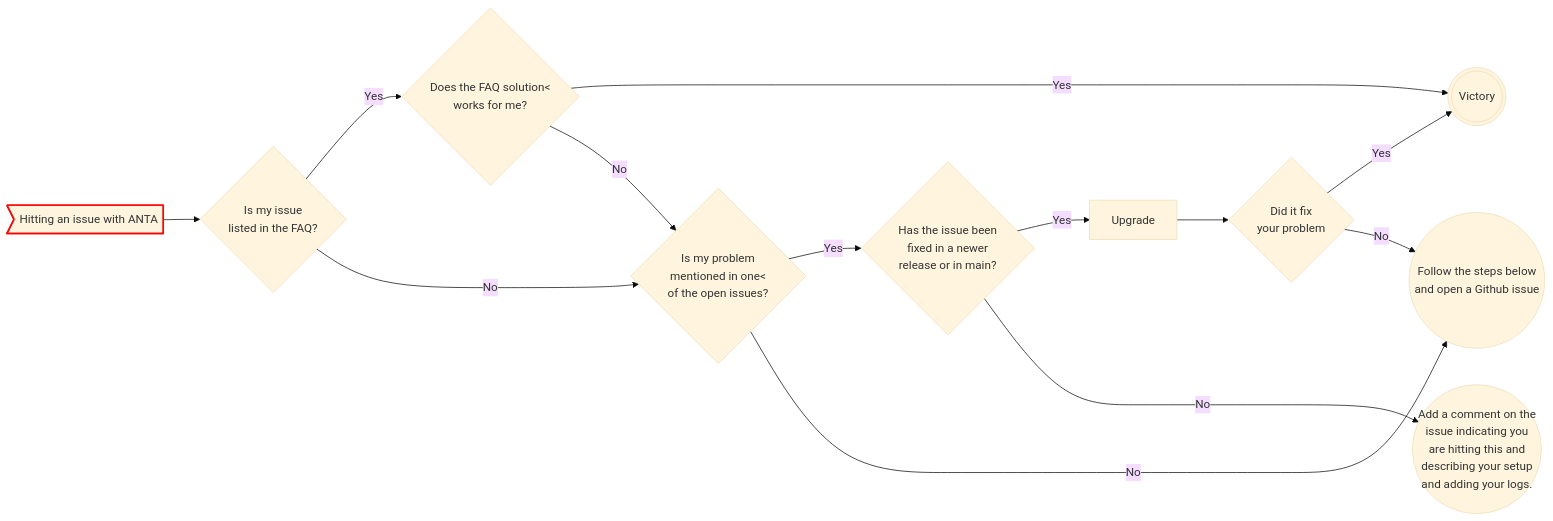
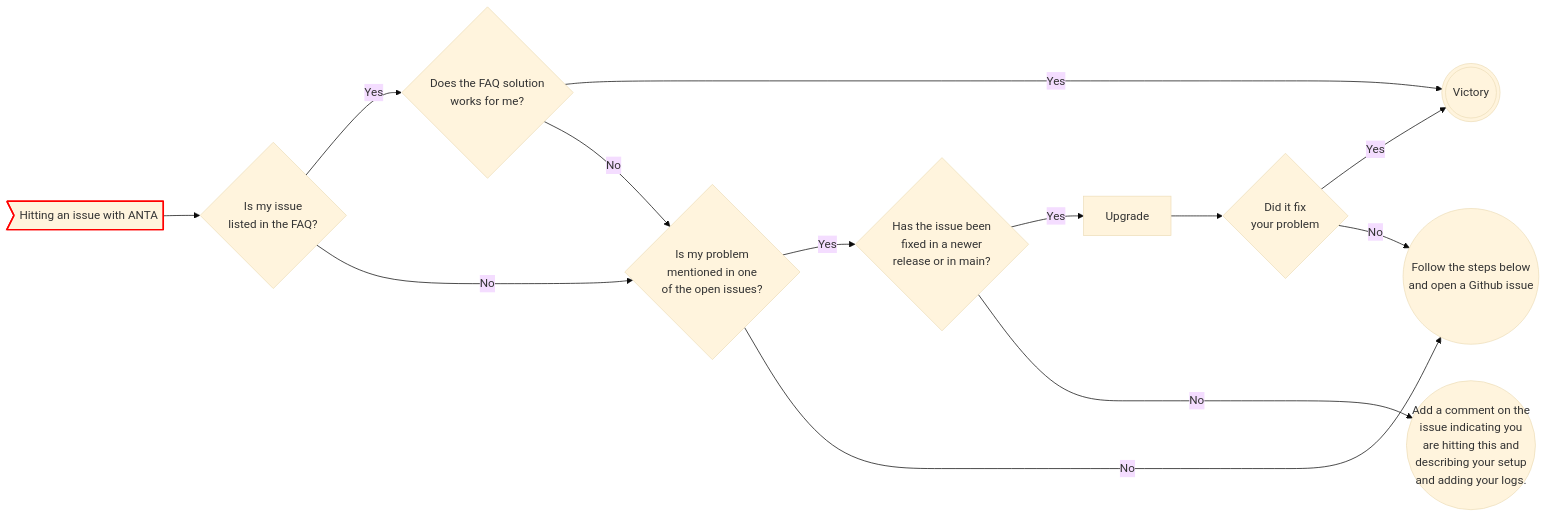
One commit to aristanetworks/anta changed the diagram in docs/troubleshooting.md. Above: the diagram before and after it, drawn with Mermaid (base theme). The commit also changed 2 other files, not shown here.

Commit message:
doc: Address recommendations and issues from doc review (#703)

````diff
--- a/docs/troubleshooting.md
+++ b/docs/troubleshooting.md
@@ -11,20 +11,20 @@
 ```mermaid
 flowchart LR
     A>Hitting an issue with ANTA] --> B{Is my issue <br >listed in the FAQ?}
-    B -- Yes --> C{Does the FAQ solution<<br />works for me?}
+    B -- Yes --> C{Does the FAQ solution<br />works for me?}
     C -- Yes --> V(((Victory)))
-    B -->|No| E{Is my problem<br />mentioned in one<<br />of the open issues?}
+    B -->|No| E{Is my problem<br />mentioned in one<br />of the open issues?}
     C -->|No| E
     E -- Yes --> F{Has the issue been<br />fixed in a newer<br />release or in main?}
     F -- Yes --> U[Upgrade]
     E -- No ---> H((Follow the steps below<br />and open a Github issue))
     U --> I{Did it fix<br /> your problem}
     I -- Yes --> V
     I -- No --> H
     F -- No ----> G((Add a comment on the <br />issue indicating you<br >are hitting this and<br />describing your setup<br /> and adding your logs.))
 
     click B "../faq" "FAQ"
     click E "https://github.com/aristanetworks/anta/issues"
     click H "https://github.com/aristanetworks/anta/issues"
 	style A stroke:#f00,stroke-width:2px
 ```
````
